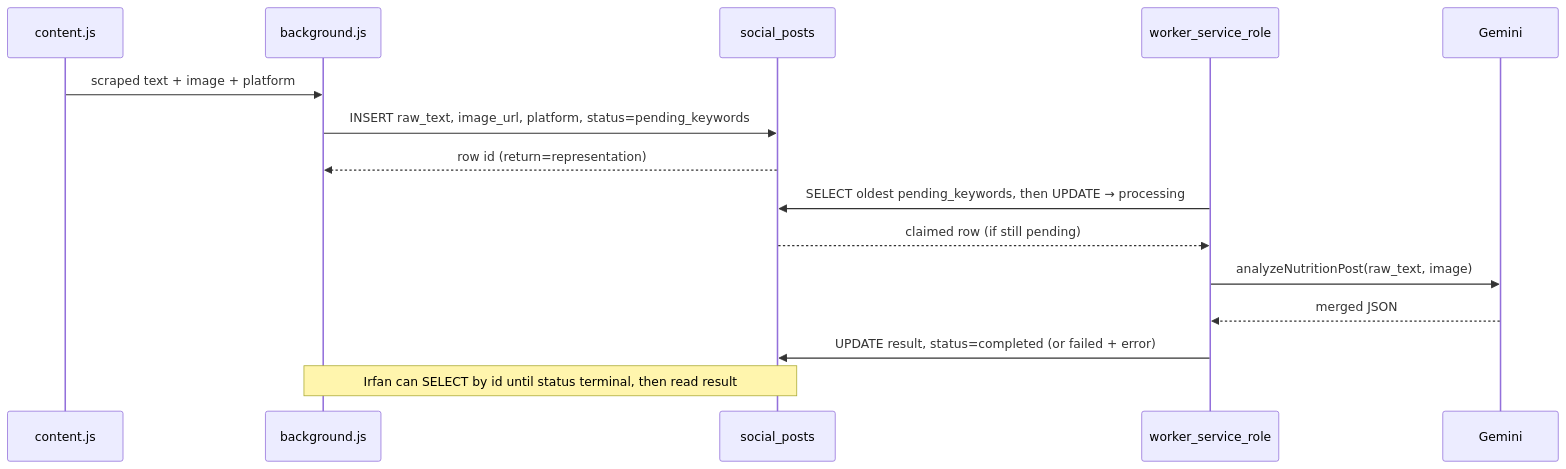
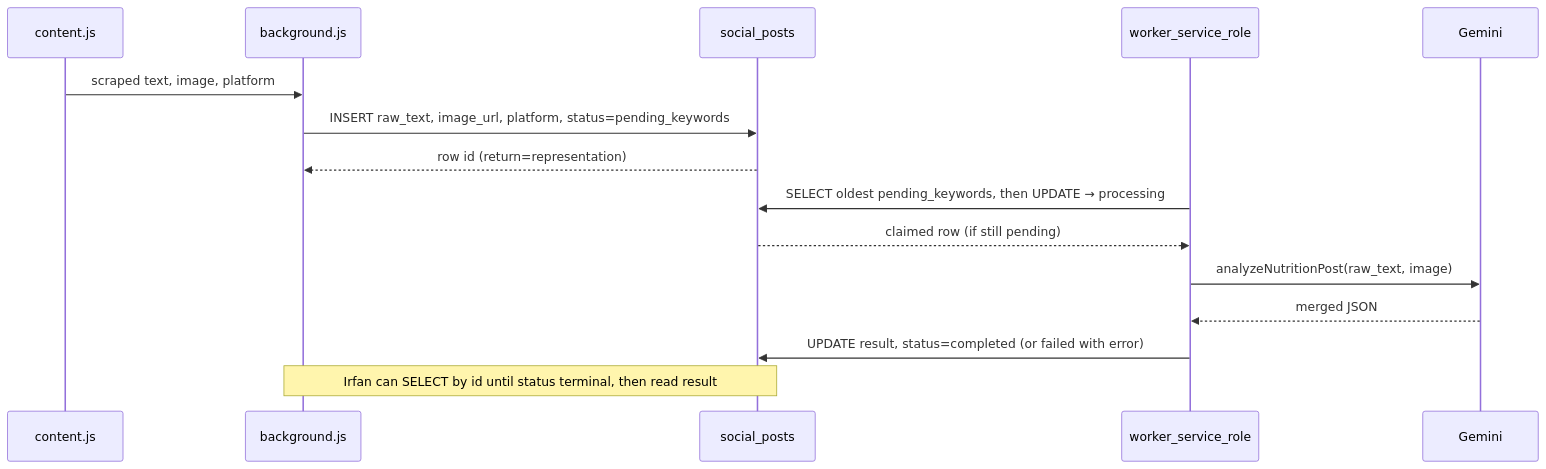
The second of 2 diagrams in ai-track/docs/supabase/SUPABASE_BRIDGE.md (IlhamKassim/laila-coders), drawn with Mermaid before and after one commit. The commit also changed other lines of this file and 1 other file, not shown here.

Commit message:
does readme work now?

````diff
--- a/ai-track/docs/supabase/SUPABASE_BRIDGE.md
+++ b/ai-track/docs/supabase/SUPABASE_BRIDGE.md
@@ -36,18 +36,18 @@
 ```mermaid
 sequenceDiagram
   participant CS as content.js
   participant BG as background.js
   participant DB as social_posts
   participant W as worker_service_role
   participant G as Gemini
 
-  CS->>BG: scraped text + image + platform
+  CS->>BG: scraped text, image, platform
   BG->>DB: INSERT raw_text, image_url, platform, status=pending_keywords
   DB-->>BG: row id (return=representation)
   W->>DB: SELECT oldest pending_keywords, then UPDATE → processing
   DB-->>W: claimed row (if still pending)
   W->>G: analyzeNutritionPost(raw_text, image)
   G-->>W: merged JSON
-  W->>DB: UPDATE result, status=completed (or failed + error)
+  W->>DB: UPDATE result, status=completed (or failed with error)
   Note over BG,DB: Irfan can SELECT by id until status terminal, then read result
 ```
````
